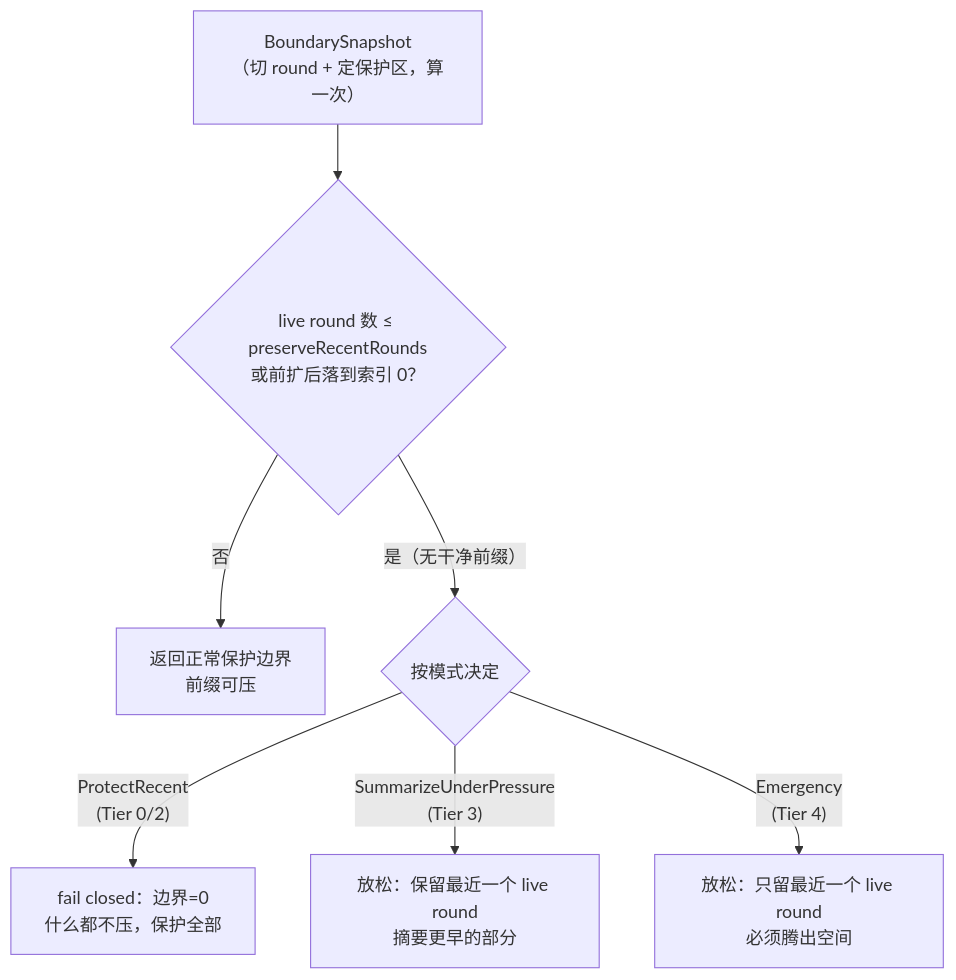
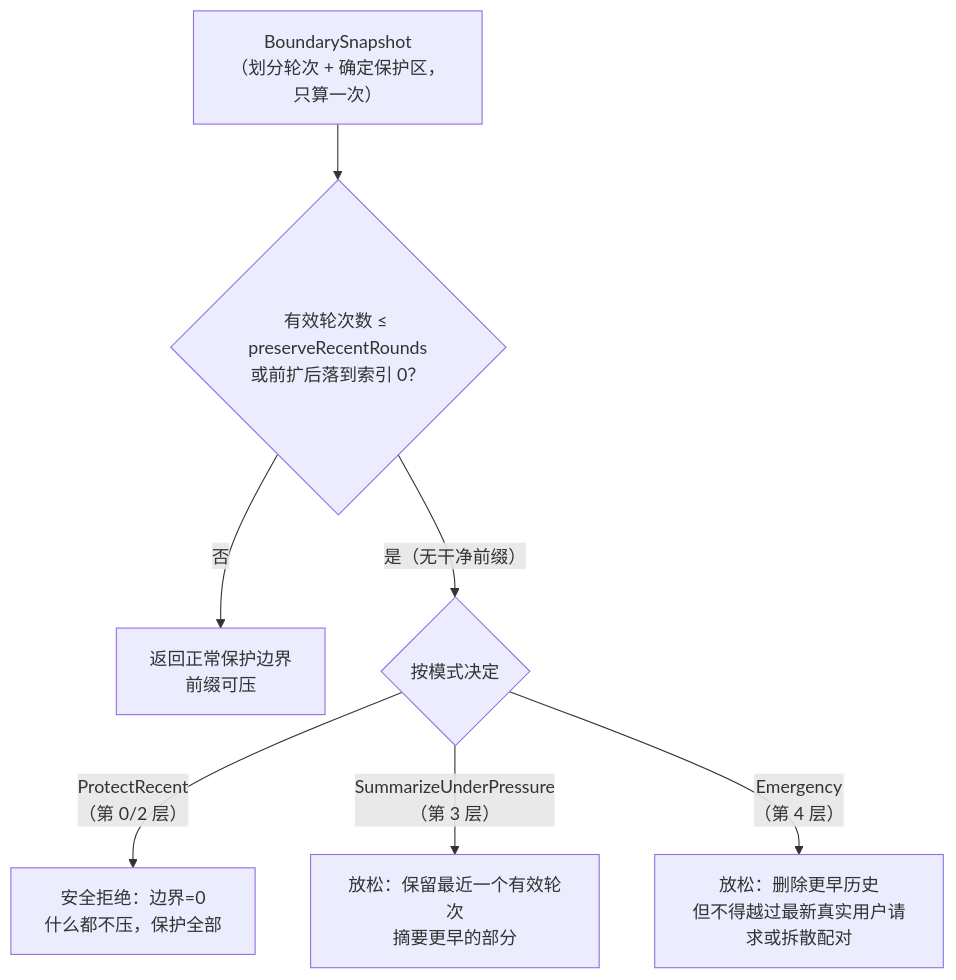
Before and after one commit to shiwenwen/hope-agent: the second of 4 diagrams in docs/architecture/core/context-compact.md, drawn with Mermaid. The commit also changed other lines of this file and 124 other files, not shown here.

````diff
--- a/docs/architecture/core/context-compact.md
+++ b/docs/architecture/core/context-compact.md
@@ -63,9 +102,9 @@
 ```mermaid
 flowchart TD
-    Snap["BoundarySnapshot<br/>（切 round + 定保护区，算一次）"] --> Q{"live round 数 ≤ preserveRecentRounds<br/>或前扩后落到索引 0？"}
+    Snap["BoundarySnapshot<br/>（划分轮次 + 确定保护区，只算一次）"] --> Q{"有效轮次数 ≤ preserveRecentRounds<br/>或前扩后落到索引 0？"}
     Q -- 否 --> Normal["返回正常保护边界<br/>前缀可压"]
     Q -- "是（无干净前缀）" --> Mode{"按模式决定"}
-    Mode -- "ProtectRecent<br/>(Tier 0/2)" --> PR["fail closed：边界=0<br/>什么都不压，保护全部"]
-    Mode -- "SummarizeUnderPressure<br/>(Tier 3)" --> SP["放松：保留最近一个 live round<br/>摘要更早的部分"]
-    Mode -- "Emergency<br/>(Tier 4)" --> EM["放松：只留最近一个 live round<br/>必须腾出空间"]
+    Mode -- "ProtectRecent<br/>（第 0/2 层）" --> PR["安全拒绝：边界=0<br/>什么都不压，保护全部"]
+    Mode -- "SummarizeUnderPressure<br/>（第 3 层）" --> SP["放松：保留最近一个有效轮次<br/>摘要更早的部分"]
+    Mode -- "Emergency<br/>（第 4 层）" --> EM["放松：删除更早历史<br/>但不得越过最新真实用户请求或拆散配对"]
 ```
````
